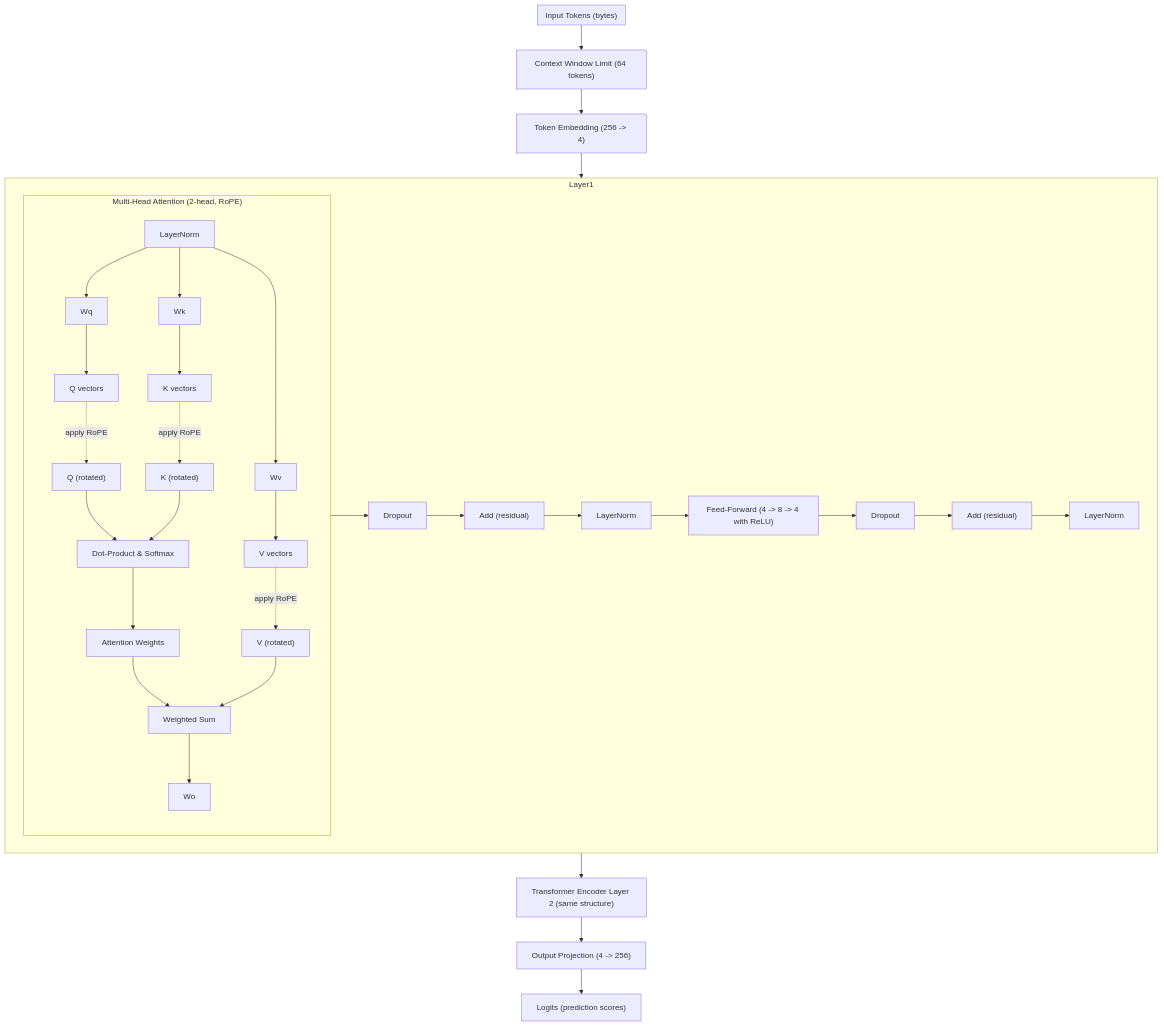
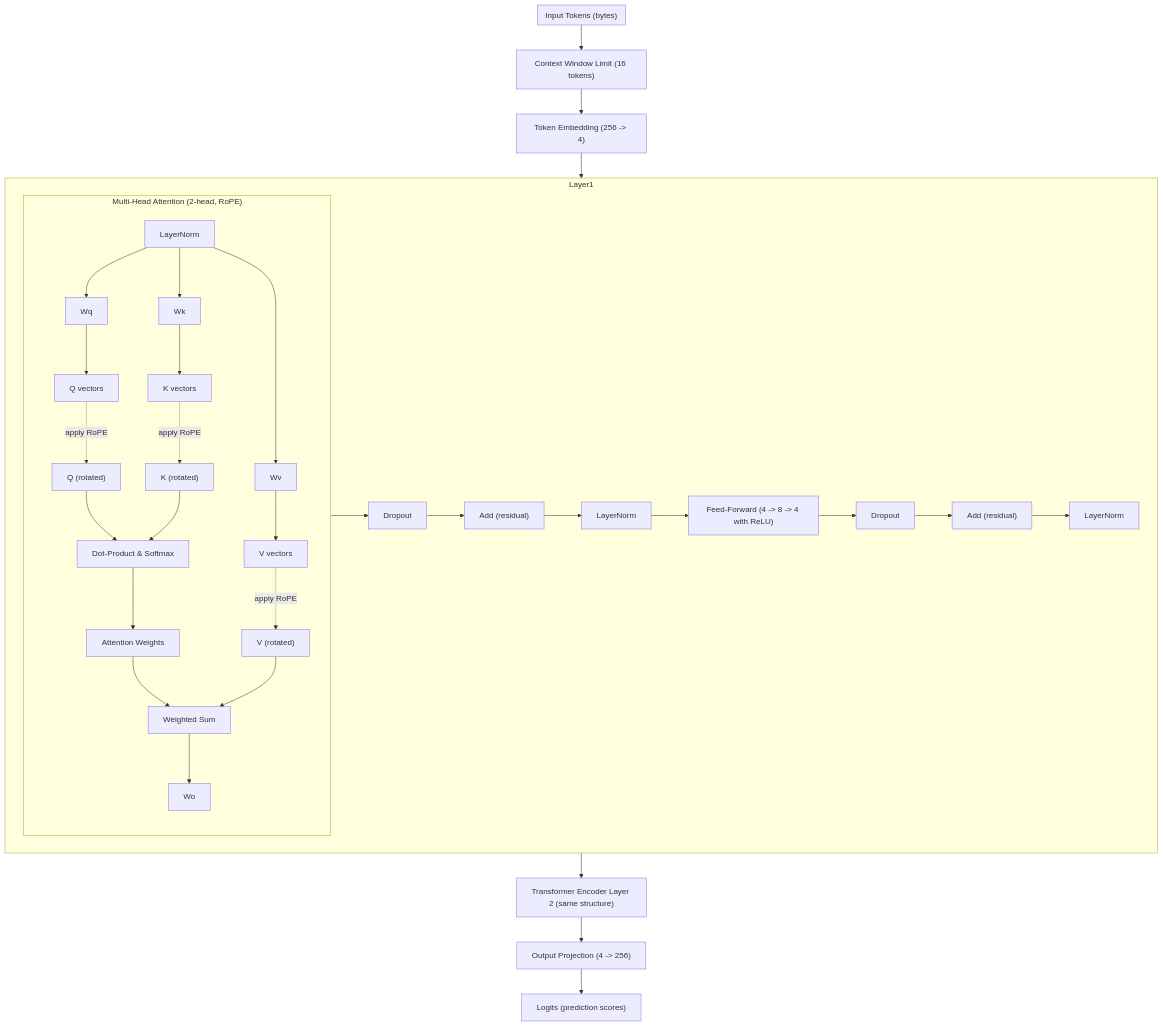
The first of 2 diagrams in code/fl/docs/model_architecture.md (tcotten-scrypted/autonomous-virtual-beings), drawn with Mermaid before and after one commit. The commit also changed other lines of this file and 3 other files, not shown here.

Commit message:
docs: documenting reduction to 16 token context window

````diff
--- a/code/fl/docs/model_architecture.md
+++ b/code/fl/docs/model_architecture.md
@@ -41,42 +41,42 @@
 ```mermaid
 flowchart TD
     subgraph Input_Sequence["Input Tokens (bytes)"]
     end
-    Input_Sequence --> ContextLimit["Context Window Limit (64 tokens)"]
+    Input_Sequence --> ContextLimit["Context Window Limit (16 tokens)"]
     ContextLimit --> Embedding["Token Embedding (256 -> 4)"]
     Embedding --> Layer1["Transformer Encoder Layer 1"]
     
     subgraph Layer1
         direction LR
         subgraph MHA1["Multi-Head Attention (2-head, RoPE)"]
             direction TB
             LN1a["LayerNorm"] --> Q1["Wq"]
             LN1a --> K1["Wk"]
             LN1a --> V1["Wv"]
             Q1 --> Q1_vec["Q vectors"]
             K1 --> K1_vec["K vectors"]
             V1 --> V1_vec["V vectors"]
             Q1_vec -. "apply RoPE" .-> Q1_rope["Q (rotated)"]
             K1_vec -. "apply RoPE" .-> K1_rope["K (rotated)"]
             V1_vec -. "apply RoPE" .-> V1_rope["V (rotated)"]
             Q1_rope --> AttnScores1["Dot-Product & Softmax"]
             K1_rope --> AttnScores1
             AttnScores1 --> AttnWeights["Attention Weights"]
             AttnWeights --> AttnOut1["Weighted Sum"]
             V1_rope --> AttnOut1
             AttnOut1 --> OutProj1["Wo"]
         end
         
         OutProj1 --> Dropout1["Dropout"]
         Dropout1 --> AddRes1["Add (residual)"]
         AddRes1 --> LN2["LayerNorm"]
         LN2 --> FFN1["Feed-Forward (4 -> 8 -> 4 with ReLU)"]
         FFN1 --> Dropout2["Dropout"]
         Dropout2 --> AddRes2["Add (residual)"]
         AddRes2 --> LN3["LayerNorm"]
     end
     
     Layer1 --> Layer2["Transformer Encoder Layer 2 (same structure)"]
     Layer2 --> OutputProj["Output Projection (4 -> 256)"]
     OutputProj --> Logits["Logits (prediction scores)"]
 ```
````
